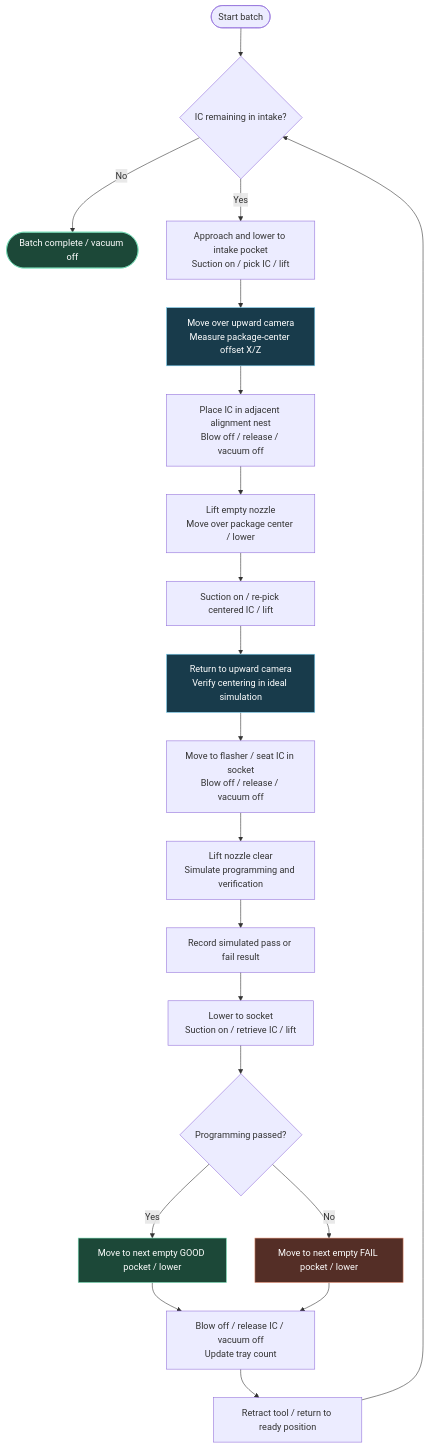
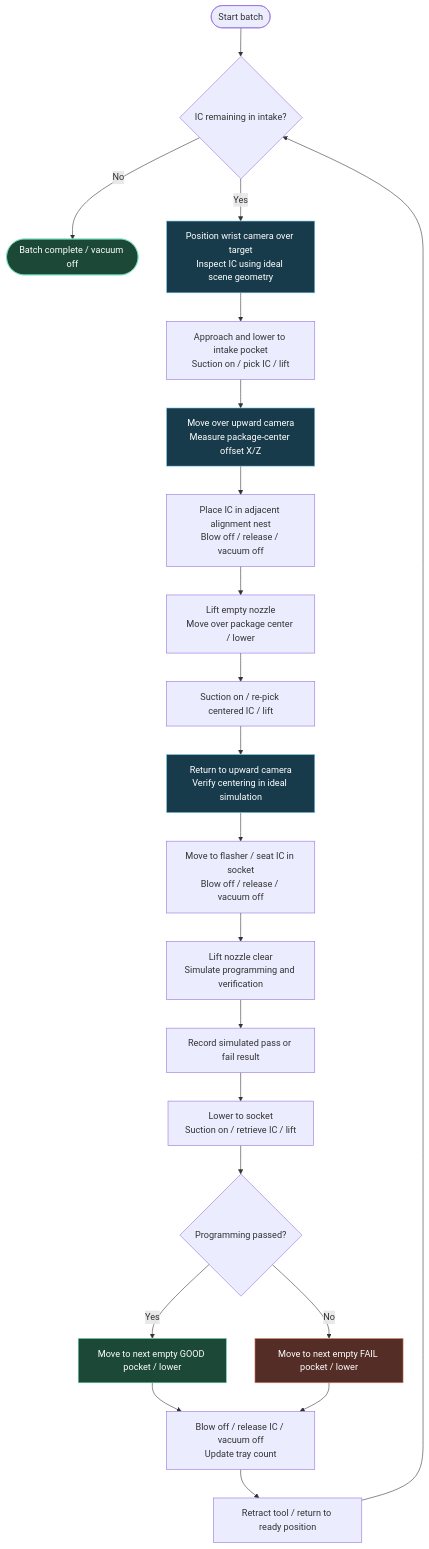
Before and after one commit to patthananb/U850_Simulator: the diagram in README.md, drawn with Mermaid. The commit also changed other lines of this file and 8 other files, not shown here.

Commit message:
Add wrist camera inspection and vendor hardware specification

````diff
--- a/README.md
+++ b/README.md
@@ -73,29 +82,30 @@
 ```mermaid
 flowchart TD
     Start([Start batch]) --> Intake{IC remaining in intake?}
     Intake -- No --> Complete([Batch complete / vacuum off])
-    Intake -- Yes --> Pick["Approach and lower to intake pocket<br/>Suction on / pick IC / lift"]
+    Intake -- Yes --> Depth["Position wrist camera over target<br/>Inspect IC using ideal scene geometry"]
+    Depth --> Pick["Approach and lower to intake pocket<br/>Suction on / pick IC / lift"]
     Pick --> Camera["Move over upward camera<br/>Measure package-center offset X/Z"]
     Camera --> Nest["Place IC in adjacent alignment nest<br/>Blow off / release / vacuum off"]
     Nest --> Center["Lift empty nozzle<br/>Move over package center / lower"]
     Center --> Repick["Suction on / re-pick centered IC / lift"]
     Repick --> Verify["Return to upward camera<br/>Verify centering in ideal simulation"]
     Verify --> Load["Move to flasher / seat IC in socket<br/>Blow off / release / vacuum off"]
     Load --> Program["Lift nozzle clear<br/>Simulate programming and verification"]
     Program --> Result["Record simulated pass or fail result"]
     Result --> Retrieve["Lower to socket<br/>Suction on / retrieve IC / lift"]
     Retrieve --> Passed{Programming passed?}
     Passed -- Yes --> Good["Move to next empty GOOD pocket / lower"]
     Passed -- No --> Fail["Move to next empty FAIL pocket / lower"]
     Good --> Release["Blow off / release IC / vacuum off<br/>Update tray count"]
     Fail --> Release
     Release --> Home["Retract tool / return to ready position"]
     Home --> Intake
 
     classDef vision fill:#183b4b,stroke:#79ceef,color:#ffffff
     classDef good fill:#1c4838,stroke:#78e0b8,color:#ffffff
     classDef fail fill:#542e26,stroke:#ed997c,color:#ffffff
-    class Camera,Verify vision
+    class Depth,Camera,Verify vision
     class Good,Complete good
     class Fail fail
 ```
````
